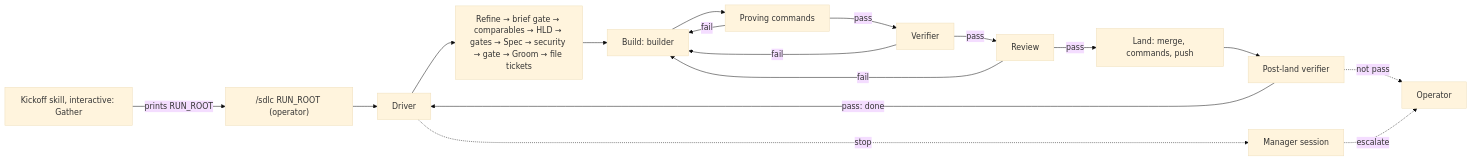
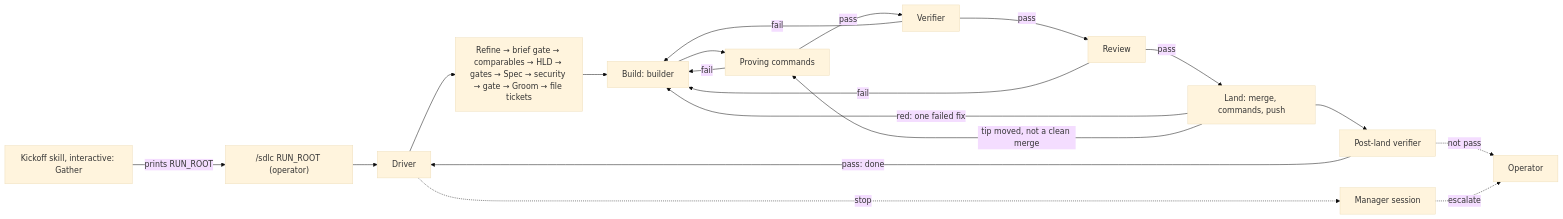
Before and after one commit to alexderz/agentic-toolbox: the diagram in maintainers/design/solo-dlc/hld.md, drawn with Mermaid (base theme). The commit also changed other lines of this file, not shown here.

````diff
--- a/maintainers/design/solo-dlc/hld.md
+++ b/maintainers/design/solo-dlc/hld.md
@@ -749,19 +800,21 @@
 ```mermaid
 flowchart LR
   K[Kickoff skill, interactive: Gather] -->|prints RUN_ROOT| C["/sdlc RUN_ROOT (operator)"]
   C --> D[Driver]
   D --> R[Refine → brief gate → comparables → HLD → gates → Spec → security → gate → Groom → file tickets]
   R --> B[Build: builder]
   B --> P[Proving commands]
   P -- fail --> B
   P -- pass --> V[Verifier]
   V -- fail --> B
   V -- pass --> RV[Review]
   RV -- fail --> B
   RV -- pass --> L[Land: merge, commands, push]
+  L -- red: one failed fix --> B
+  L -- tip moved, not a clean merge --> P
   L --> PV[Post-land verifier]
   PV -- pass: done --> D
   PV -. not pass .-> O
   D -. stop .-> M[Manager session]
   M -. escalate .-> O[Operator]
 ```
````
